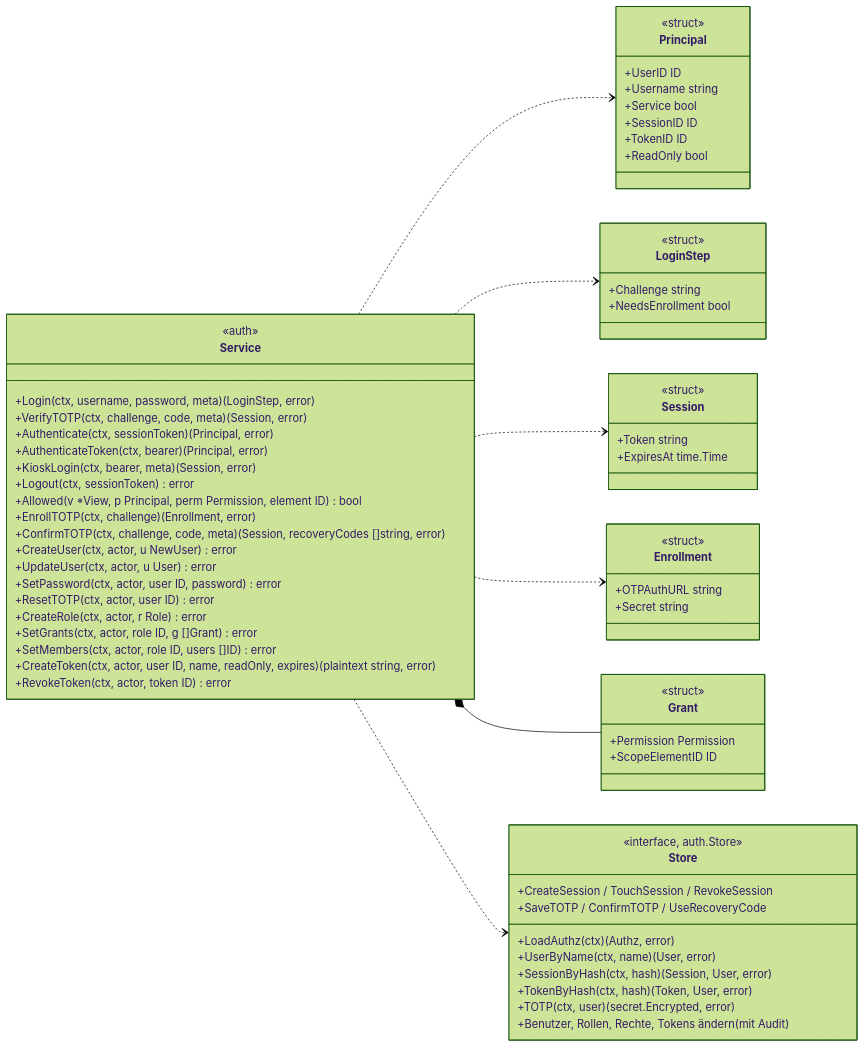
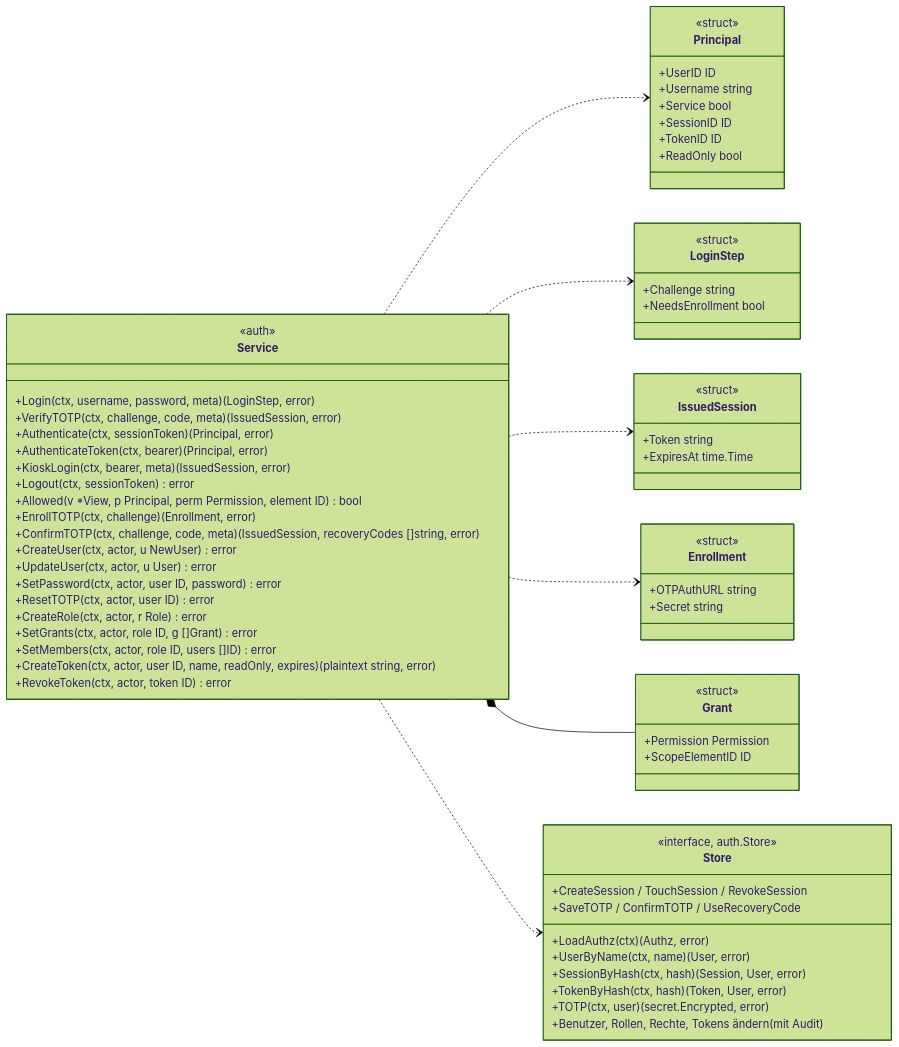
One commit to lukirs95/monika changed the first of 5 diagrams in docs/contracts/auth.md. Above: the diagram before and after it, drawn with Mermaid (forest theme). The commit also changed other lines of this file and 3 other files, not shown here.

````diff
--- a/docs/contracts/auth.md
+++ b/docs/contracts/auth.md
@@ -18,73 +18,73 @@
 ```mermaid
 classDiagram
     direction LR
 
     class Service {
         <<auth>>
         +Login(ctx, username, password, meta) (LoginStep, error)
-        +VerifyTOTP(ctx, challenge, code, meta) (Session, error)
+        +VerifyTOTP(ctx, challenge, code, meta) (IssuedSession, error)
         +Authenticate(ctx, sessionToken) (Principal, error)
         +AuthenticateToken(ctx, bearer) (Principal, error)
-        +KioskLogin(ctx, bearer, meta) (Session, error)
+        +KioskLogin(ctx, bearer, meta) (IssuedSession, error)
         +Logout(ctx, sessionToken) error
         +Allowed(v *View, p Principal, perm Permission, element ID) bool
         +EnrollTOTP(ctx, challenge) (Enrollment, error)
-        +ConfirmTOTP(ctx, challenge, code, meta) (Session, recoveryCodes []string, error)
+        +ConfirmTOTP(ctx, challenge, code, meta) (IssuedSession, recoveryCodes []string, error)
         +CreateUser(ctx, actor, u NewUser) error
         +UpdateUser(ctx, actor, u User) error
         +SetPassword(ctx, actor, user ID, password) error
         +ResetTOTP(ctx, actor, user ID) error
         +CreateRole(ctx, actor, r Role) error
         +SetGrants(ctx, actor, role ID, g []Grant) error
         +SetMembers(ctx, actor, role ID, users []ID) error
         +CreateToken(ctx, actor, user ID, name, readOnly, expires) (plaintext string, error)
         +RevokeToken(ctx, actor, token ID) error
     }
     class Principal {
         <<struct>>
         +UserID ID
         +Username string
         +Service bool
         +SessionID ID
         +TokenID ID
         +ReadOnly bool
     }
     class LoginStep {
         <<struct>>
         +Challenge string
         +NeedsEnrollment bool
     }
-    class Session {
+    class IssuedSession {
         <<struct>>
         +Token string
         +ExpiresAt time.Time
     }
     class Enrollment {
         <<struct>>
         +OTPAuthURL string
         +Secret string
     }
     class Grant {
         <<struct>>
         +Permission Permission
         +ScopeElementID ID
     }
     class Store {
         <<interface, auth.Store>>
         +LoadAuthz(ctx) (Authz, error)
         +UserByName(ctx, name) (User, error)
         +CreateSession / TouchSession / RevokeSession
         +SessionByHash(ctx, hash) (Session, User, error)
         +TokenByHash(ctx, hash) (Token, User, error)
         +TOTP(ctx, user) (secret.Encrypted, error)
         +SaveTOTP / ConfirmTOTP / UseRecoveryCode
         +Benutzer, Rollen, Rechte, Tokens ändern (mit Audit)
     }
 
     Service ..> Principal
     Service ..> LoginStep
-    Service ..> Session
+    Service ..> IssuedSession
     Service ..> Enrollment
     Service *-- Grant
     Service ..> Store
 ```
````
